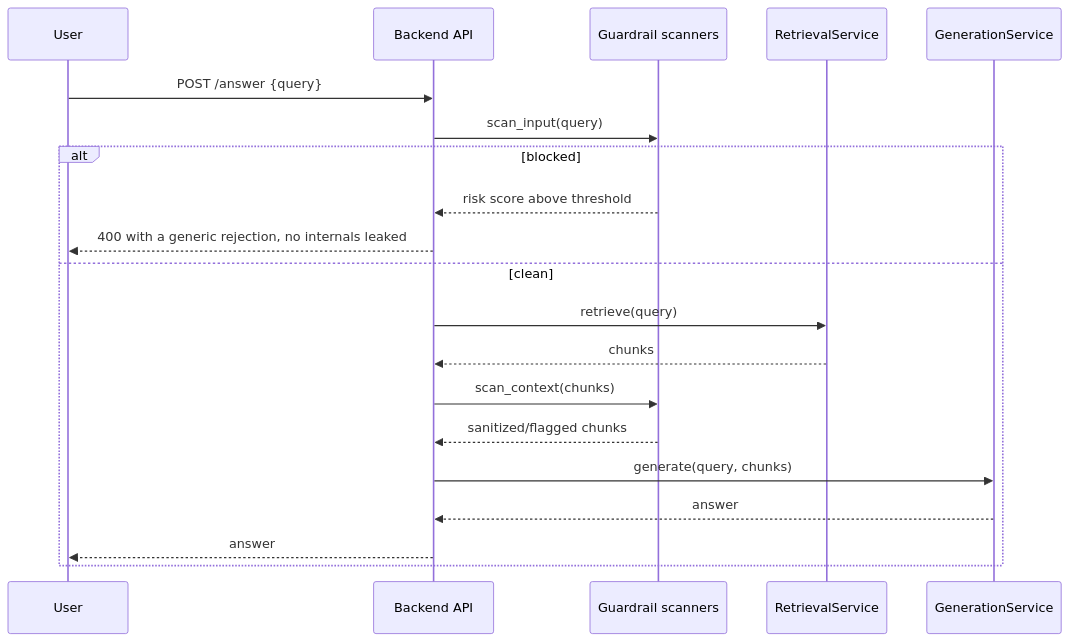
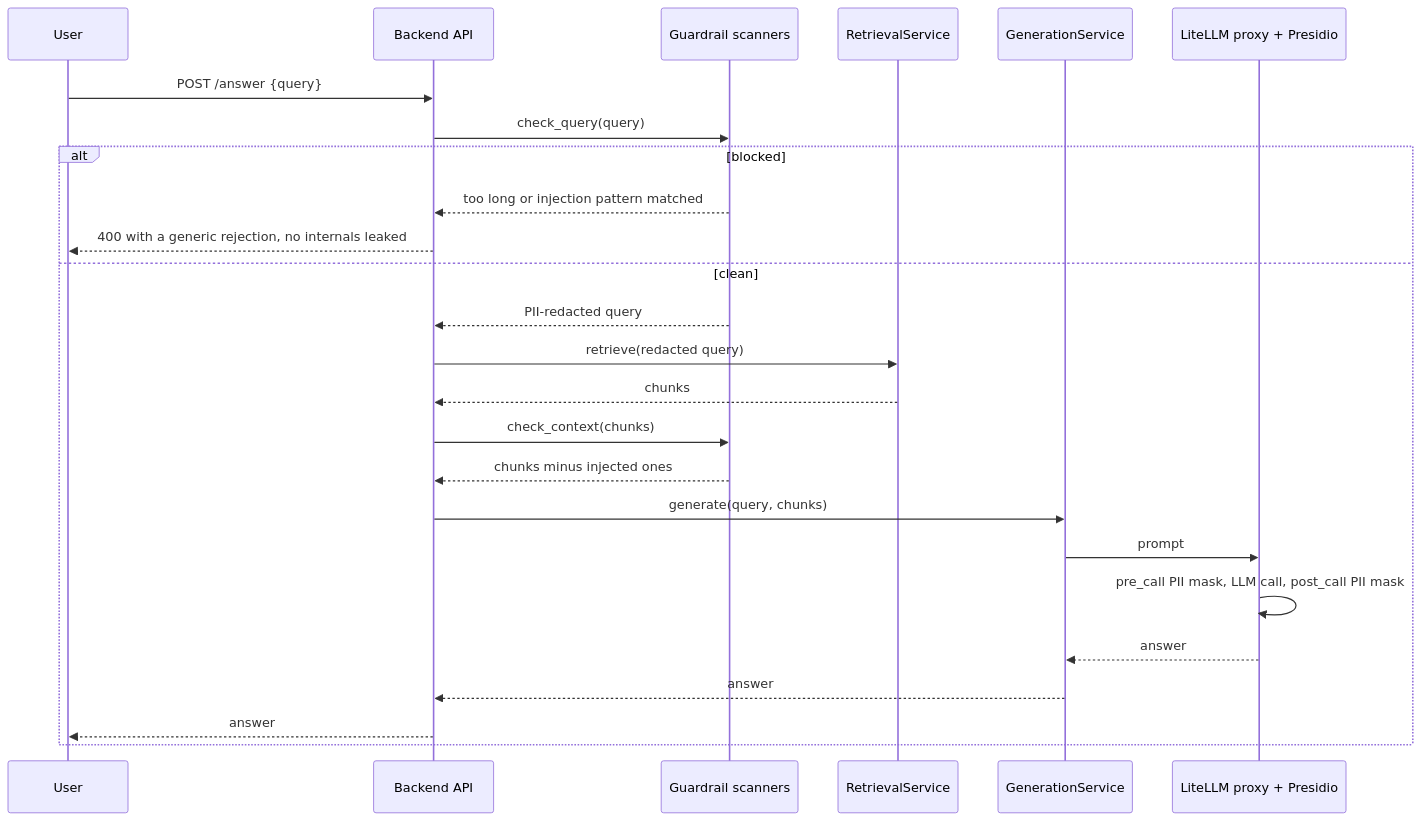
One commit to thobs-10/agentic-paper-explorer changed the diagram in docs/phases/phase-8-security-guardrails.md. Above: the diagram before and after it, drawn with Mermaid. The commit also changed other lines of this file and 3 other files, not shown here.

````diff
--- a/docs/phases/phase-8-security-guardrails.md
+++ b/docs/phases/phase-8-security-guardrails.md
@@ -53,23 +81,28 @@
 ```mermaid
 sequenceDiagram
     participant U as User
     participant A as Backend API
     participant S as Guardrail scanners
     participant R as RetrievalService
     participant G as GenerationService
+    participant L as LiteLLM proxy + Presidio
 
     U->>A: POST /answer {query}
-    A->>S: scan_input(query)
+    A->>S: check_query(query)
     alt blocked
-        S-->>A: risk score above threshold
+        S-->>A: too long or injection pattern matched
         A-->>U: 400 with a generic rejection, no internals leaked
     else clean
-        A->>R: retrieve(query)
+        S-->>A: PII-redacted query
+        A->>R: retrieve(redacted query)
         R-->>A: chunks
-        A->>S: scan_context(chunks)
-        S-->>A: sanitized/flagged chunks
+        A->>S: check_context(chunks)
+        S-->>A: chunks minus injected ones
         A->>G: generate(query, chunks)
+        G->>L: prompt
+        L->>L: pre_call PII mask, LLM call, post_call PII mask
+        L-->>G: answer
         G-->>A: answer
         A-->>U: answer
     end
 ```
````
